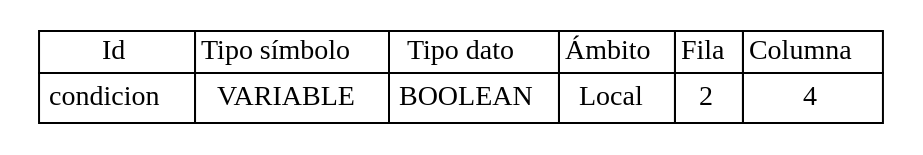
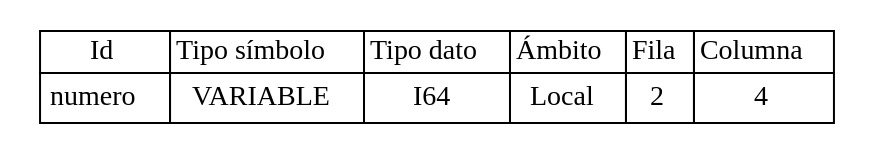
One commit to Jodyannre/COMPI2_proyecto2_2022 changed the diagram in Back/Web/tablas/tablaSimbolos.dot. Above: the diagram before and after it, drawn with Graphviz. The commit also changed 9 other files, not shown here.

```diff
--- a/Back/Web/tablas/tablaSimbolos.dot
+++ b/Back/Web/tablas/tablaSimbolos.dot
@@ -1,36 +1,36 @@
 
 	digraph {
 		tablaSimbolos [
 		  shape=plaintext
 		  label=<
 			<table border='0' cellborder='1' color='black' cellspacing='0'>
 			  <tr>
 				  <td>Id</td>
 				  <td>Tipo símbolo</td>
 				  <td>Tipo dato</td>
 				  <td>Ámbito</td>
 				  <td>Fila</td>
 				  <td>Columna</td>
 			  </tr>
 	
 <tr>
 <td cellpadding='4'>
-condicion
+numero
 </td>
 <td cellpadding='4'>VARIABLE
 </td>
-<td cellpadding='4'>BOOLEAN
+<td cellpadding='4'>I64
 </td>
 <td cellpadding='4'>Local
 </td>
 <td cellpadding='4'>
 2
 </td>
 <td cellpadding='4'>
 4
 </td>
 </tr>
 
 		</table>
 		>];
 	}
```
